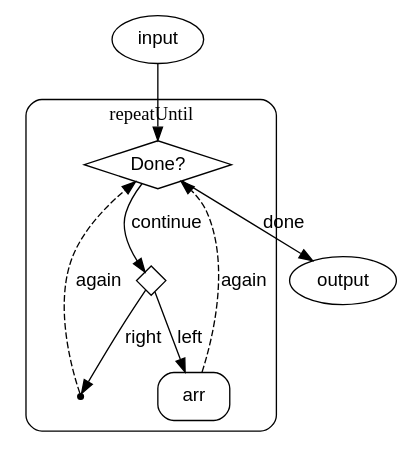
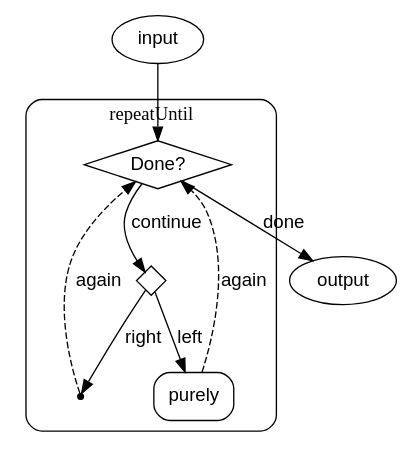
Before and after one commit to drshade/haskell-agentic: the diagram in examples/diagrams/choice-in-repeat.dot, drawn with Graphviz. The commit also changed 49 other files, not shown here.

Commit message:
Generalise repeat predicates to flows and document the calculus

```diff
--- a/examples/diagrams/choice-in-repeat.dot
+++ b/examples/diagrams/choice-in-repeat.dot
@@ -1,22 +1,22 @@
 digraph flow {
   compound=true;
   node [shape=box, style=rounded, fontname="Helvetica"];
   edge [fontname="Helvetica"];
   input [label="input", shape=oval];
   subgraph cluster_n_flow_0 {
     label="repeatUntil";
     style=rounded;
     n_flow_1 [label="Done?", shape=diamond, style=solid];
     n_flow_repeat_seq_1_0 [label="", shape=diamond, style=solid, width=0.3, height=0.3, fixedsize=true];
     entry_flow_repeat_seq_1_select_1 [label="", shape=point, width=0.06];
-    n_flow_repeat_seq_1_choose_0_0 [label="arr"];
+    n_flow_repeat_seq_1_choose_0_0 [label="purely"];
   }
   output [label="output", shape=oval];
   input -> n_flow_1;
   n_flow_1 -> n_flow_repeat_seq_1_0 [label="continue"];
   n_flow_repeat_seq_1_0 -> n_flow_repeat_seq_1_choose_0_0 [label="left"];
   n_flow_repeat_seq_1_choose_0_0 -> n_flow_1 [label="again", style=dashed];
   n_flow_repeat_seq_1_0 -> entry_flow_repeat_seq_1_select_1 [label="right"];
   entry_flow_repeat_seq_1_select_1 -> n_flow_1 [label="again", style=dashed];
   n_flow_1 -> output [label="done"];
 }
```
